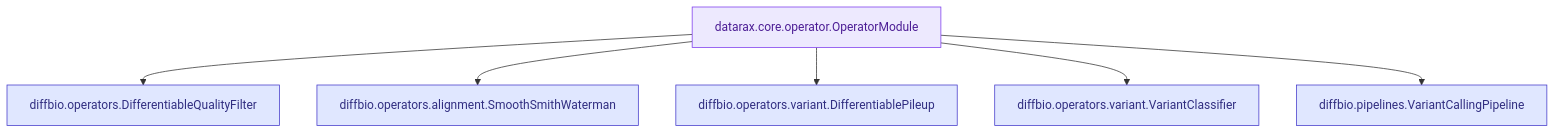
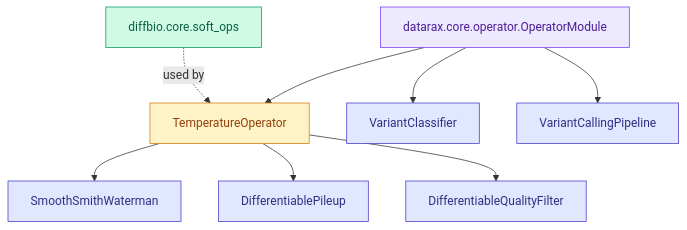
Before and after one commit to avitai/DiffBio: the diagram in docs/api/core/base.md, drawn with Mermaid. The commit also changed other lines of this file and 45 other files, not shown here.

First line of the commit message:
Replace differentiable_ops with soft_ops: 79 differentiable primitives

````diff
--- a/docs/api/core/base.md
+++ b/docs/api/core/base.md
@@ -79,15 +79,20 @@
 ```mermaid
 graph TB
-    A["datarax.core.operator.OperatorModule"] --> B["diffbio.operators.DifferentiableQualityFilter"]
-    A --> C["diffbio.operators.alignment.SmoothSmithWaterman"]
-    A --> D["diffbio.operators.variant.DifferentiablePileup"]
-    A --> E["diffbio.operators.variant.VariantClassifier"]
-    A --> F["diffbio.pipelines.VariantCallingPipeline"]
+    A["datarax.core.operator.OperatorModule"] --> T["TemperatureOperator"]
+    T --> C["SmoothSmithWaterman"]
+    T --> D["DifferentiablePileup"]
+    T --> Q["DifferentiableQualityFilter"]
+    A --> E["VariantClassifier"]
+    A --> F["VariantCallingPipeline"]
+
+    S["diffbio.core.soft_ops"] -.->|"used by"| T
 
     style A fill:#ede9fe,stroke:#7c3aed,color:#4c1d95
-    style B fill:#e0e7ff,stroke:#4338ca,color:#312e81
+    style T fill:#fef3c7,stroke:#d97706,color:#92400e
+    style S fill:#d1fae5,stroke:#059669,color:#065f46
     style C fill:#e0e7ff,stroke:#4338ca,color:#312e81
     style D fill:#e0e7ff,stroke:#4338ca,color:#312e81
+    style Q fill:#e0e7ff,stroke:#4338ca,color:#312e81
     style E fill:#e0e7ff,stroke:#4338ca,color:#312e81
     style F fill:#e0e7ff,stroke:#4338ca,color:#312e81
 ```
````
